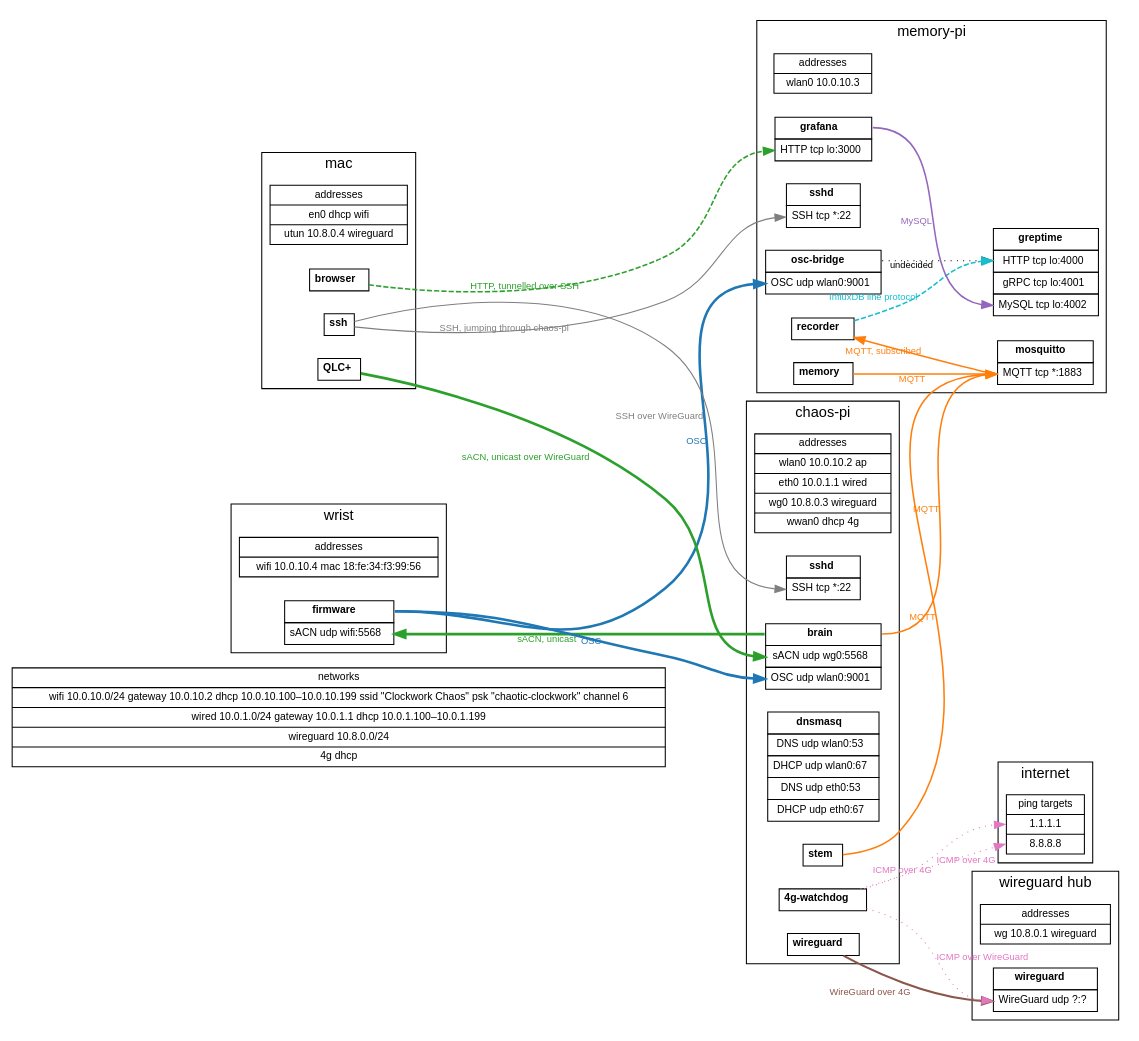
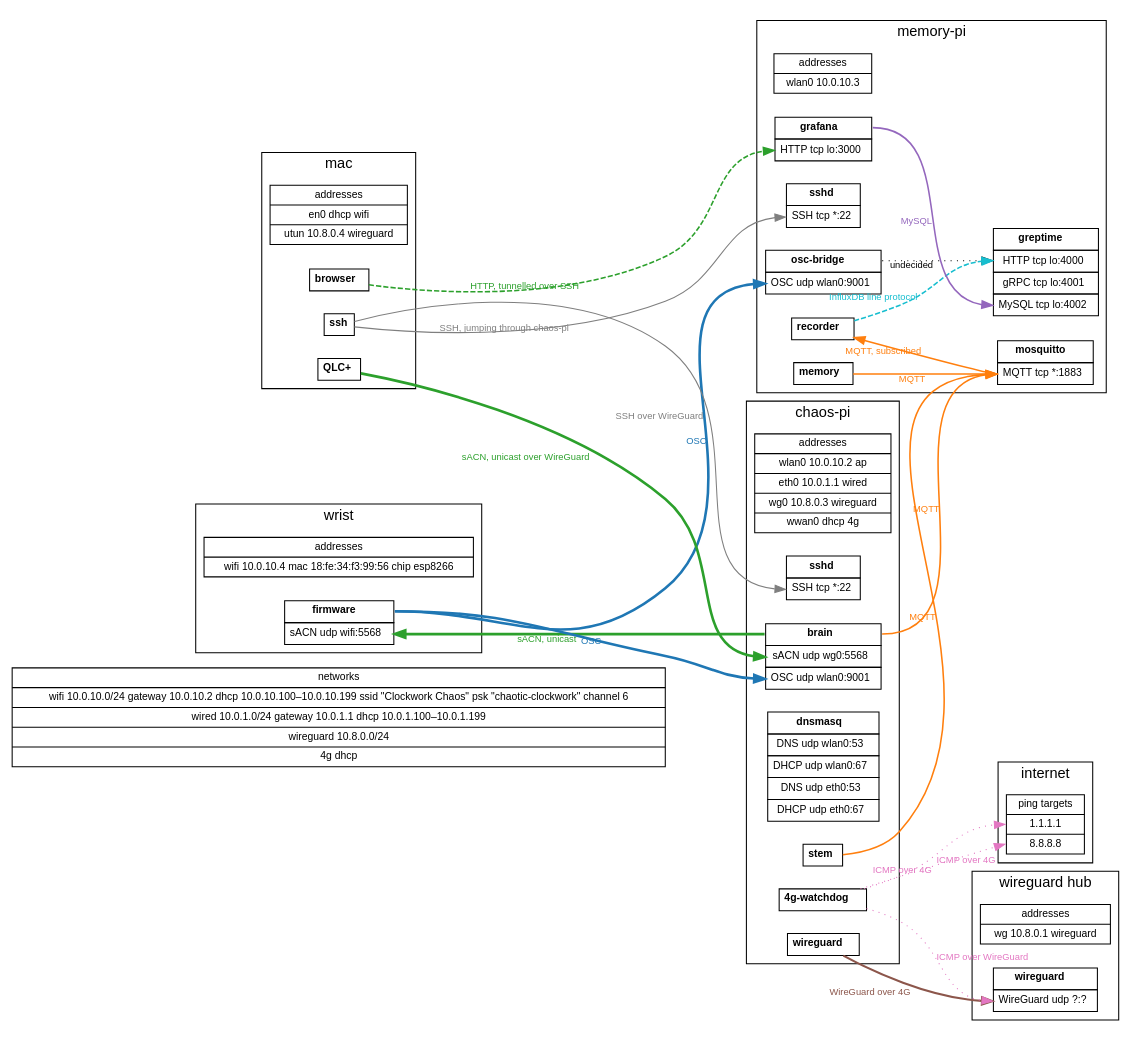
One commit to kjkoster/tensegrity-open-claw changed the diagram in clockwork.dot. Above: the diagram before and after it, drawn with Graphviz. The commit also changed 8 other files, not shown here.

```diff
--- a/clockwork.dot
+++ b/clockwork.dot
@@ -17,8 +17,10 @@
 //                           may be left out where the address lies in its CIDR; a lease
 //                           always names it. The device that is a WiFi network's access
 //                           point adds `ap`; there is one. A board flashed from claw-pi's
-//                           USB adds `mac <mac>`, in lower case: its chip's MAC, by which the
-//                           deploy knows which firmware it takes. No two devices share one.
+//                           USB adds `mac <mac> chip <chip>`: its chip's MAC, in lower case,
+//                           by which the deploy knows which firmware it takes, and the chip as
+//                           esptool names it, which it is flashed as. No two devices share a
+//                           MAC.
 //   any other node          a service on that device: a table of one column, a cell per row.
 //                           The first cell is its name, in bold, at port `title`; then one cell
 //                           per port it listens on, at port `<id>`, holding
@@ -119,7 +121,7 @@
     subgraph cluster_wrist {
         label="wrist";
 
-        wrist_if [label="addresses|wifi 10.0.10.4 mac 18:fe:34:f3:99:56"];
+        wrist_if [label="addresses|wifi 10.0.10.4 mac 18:fe:34:f3:99:56 chip esp8266"];
 
         node [shape=plain];
 
```
